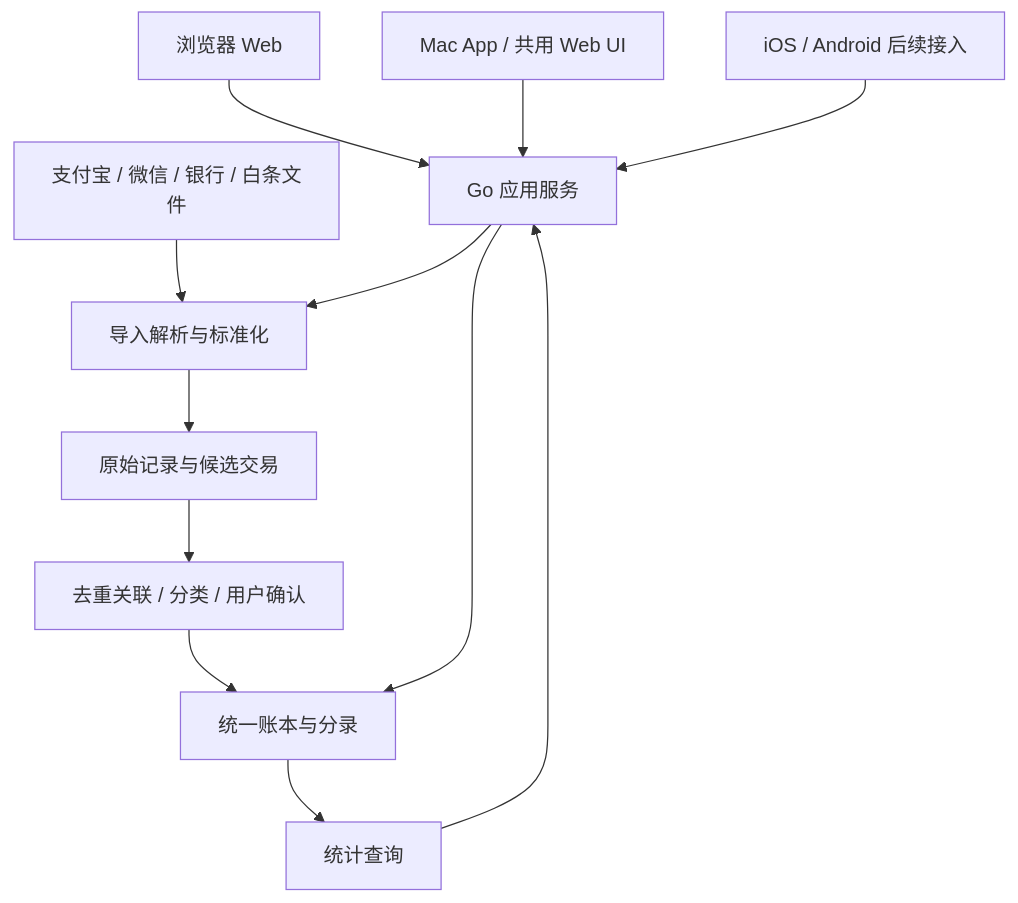
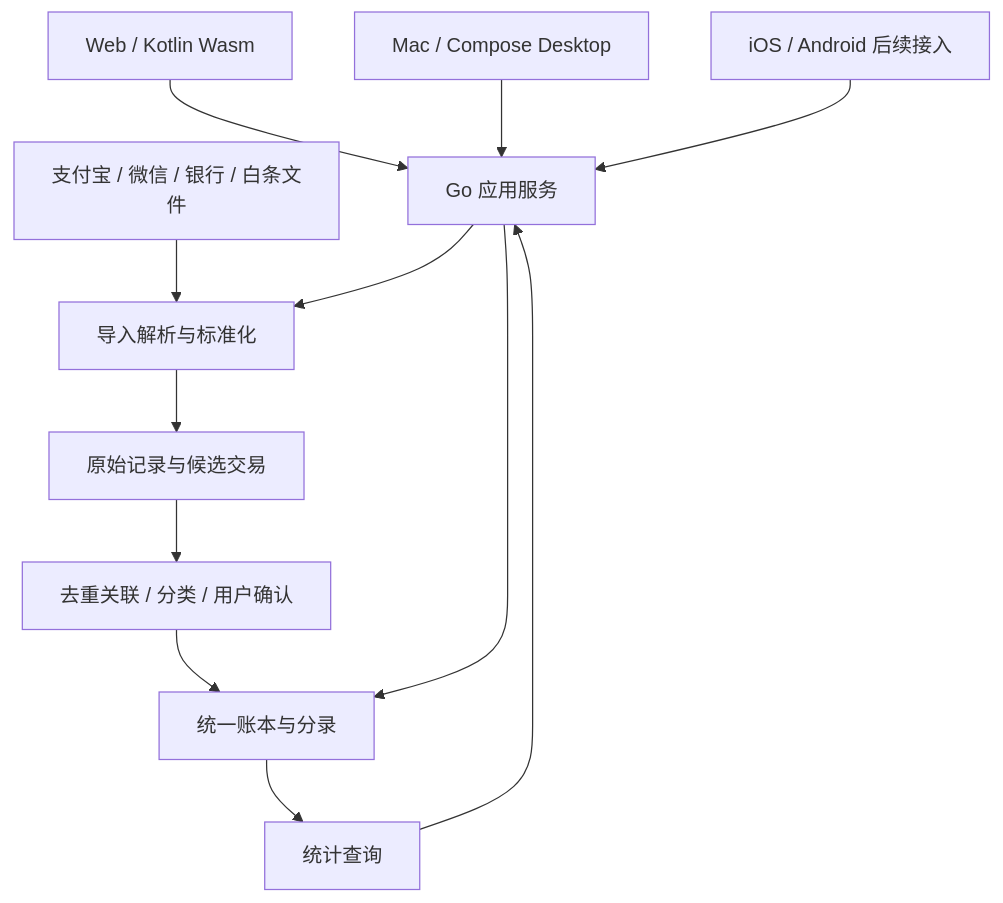
The diagram in docs/architecture/mvp-proposal.md (letrahoo/monee), drawn with Mermaid before and after one commit. The commit also changed other lines of this file and 26 other files, not shown here.

Commit message:
feat: add shared KMP Web and Mac preview

````diff
--- a/docs/architecture/mvp-proposal.md
+++ b/docs/architecture/mvp-proposal.md
@@ -25,14 +28,14 @@
 ```mermaid
 flowchart TB
-    WEB[浏览器 Web] --> API[Go 应用服务]
-    MAC[Mac App / 共用 Web UI] --> API
+    WEB[Web / Kotlin Wasm] --> API[Go 应用服务]
+    MAC[Mac / Compose Desktop] --> API
     MOBILE[iOS / Android 后续接入] --> API
     FILE[支付宝 / 微信 / 银行 / 白条文件] --> INGEST[导入解析与标准化]
     API --> INGEST
     INGEST --> RAW[原始记录与候选交易]
     RAW --> REVIEW[去重关联 / 分类 / 用户确认]
     REVIEW --> LEDGER[统一账本与分录]
     API --> LEDGER
     LEDGER --> REPORT[统计查询]
     REPORT --> API
 ```
````
